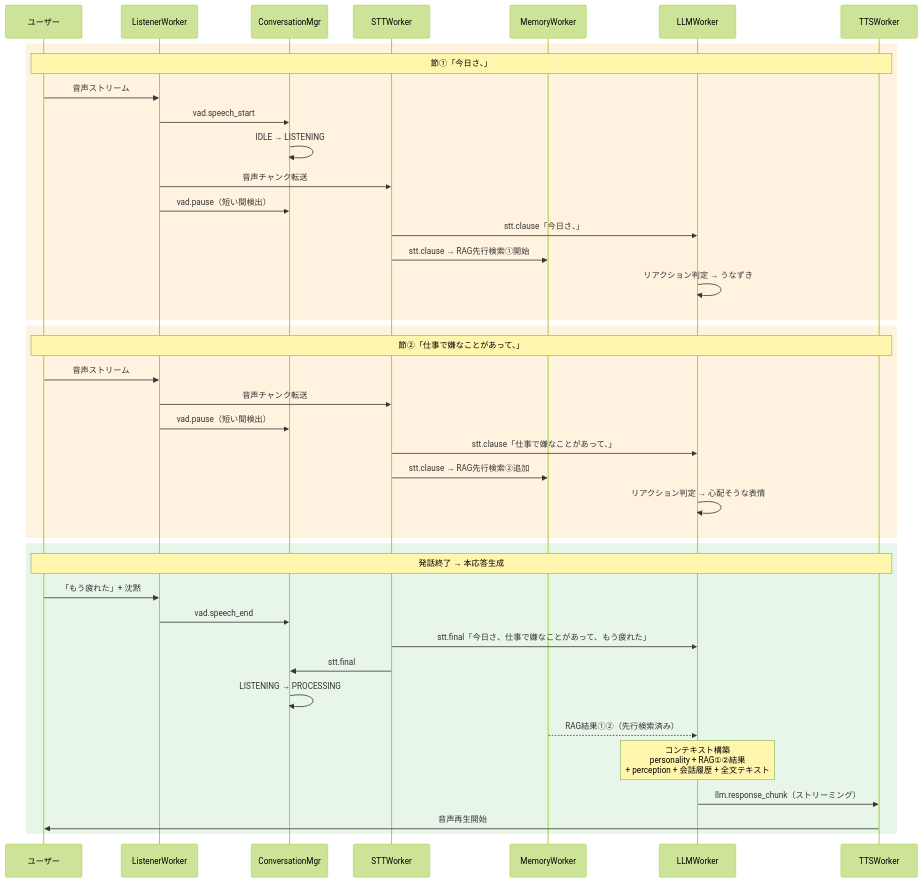
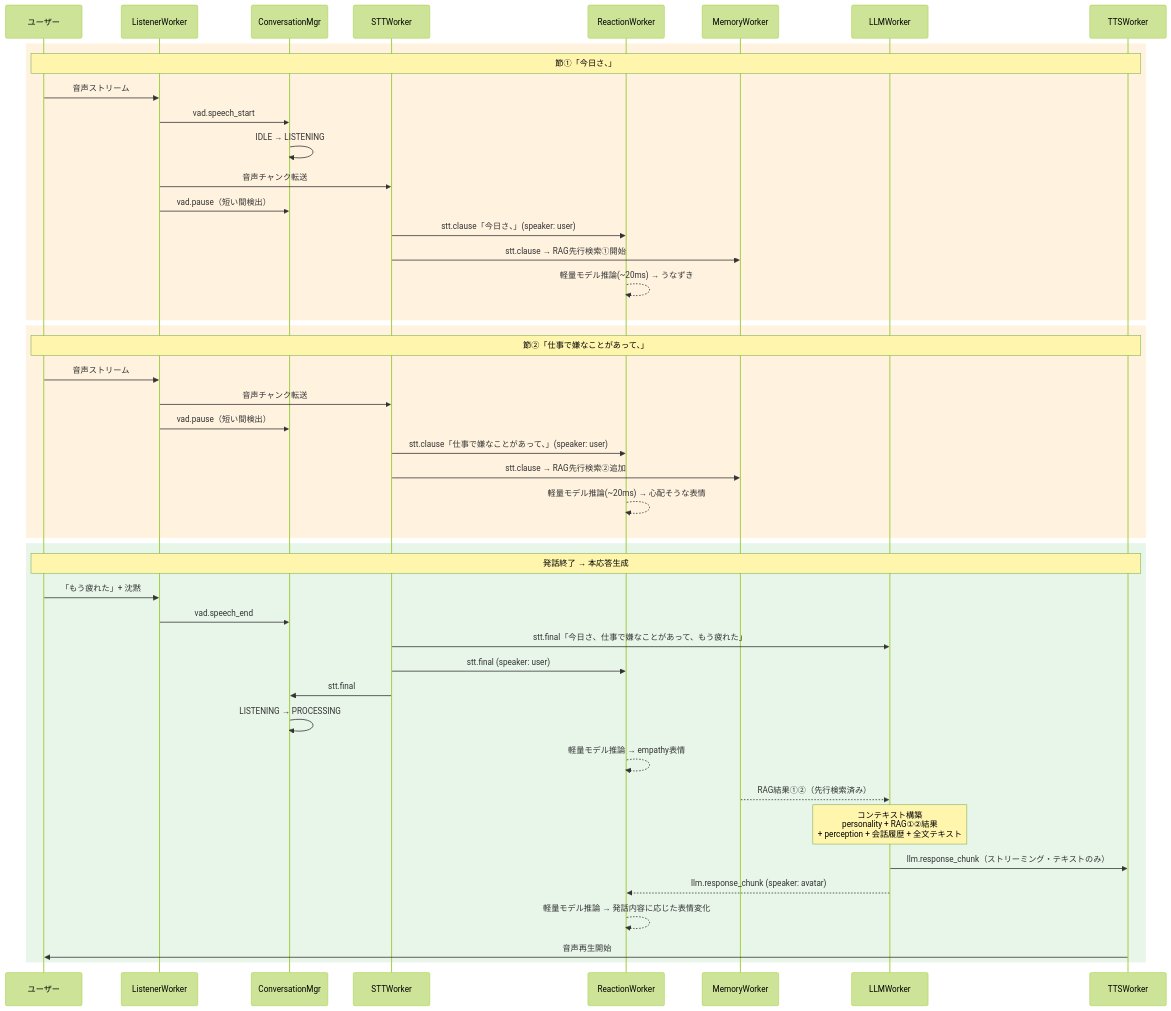
Before and after one commit to miumo6329/ai-avatar-framework: the ninth of 9 diagrams in docs/llm-conversation-design.md, drawn with Mermaid (forest theme). The commit also changed other lines of this file and 3 other files, not shown here.

````diff
--- a/docs/llm-conversation-design.md
+++ b/docs/llm-conversation-design.md
@@ -420,45 +494,50 @@
 ```mermaid
 sequenceDiagram
     participant User as ユーザー
     participant Listener as ListenerWorker
     participant CM as ConversationMgr
     participant STT as STTWorker
+    participant RW as ReactionWorker
     participant Mem as MemoryWorker
     participant LLM as LLMWorker
     participant TTS as TTSWorker
 
     rect rgb(255, 243, 224)
         Note over User, TTS: 節①「今日さ、」
         User ->> Listener: 音声ストリーム
         Listener ->> CM: vad.speech_start
         CM ->> CM: IDLE → LISTENING
         Listener ->> STT: 音声チャンク転送
         Listener ->> CM: vad.pause（短い間検出）
-        STT ->> LLM: stt.clause「今日さ、」
+        STT ->> RW: stt.clause「今日さ、」(speaker: user)
         STT ->> Mem: stt.clause → RAG先行検索①開始
-        LLM ->> LLM: リアクション判定 → うなずき
+        RW -->> RW: 軽量モデル推論(~20ms) → うなずき
     end
 
     rect rgb(255, 243, 224)
         Note over User, TTS: 節②「仕事で嫌なことがあって、」
         User ->> Listener: 音声ストリーム
         Listener ->> STT: 音声チャンク転送
         Listener ->> CM: vad.pause（短い間検出）
-        STT ->> LLM: stt.clause「仕事で嫌なことがあって、」
+        STT ->> RW: stt.clause「仕事で嫌なことがあって、」(speaker: user)
         STT ->> Mem: stt.clause → RAG先行検索②追加
-        LLM ->> LLM: リアクション判定 → 心配そうな表情
+        RW -->> RW: 軽量モデル推論(~20ms) → 心配そうな表情
     end
 
     rect rgb(232, 245, 233)
         Note over User, TTS: 発話終了 → 本応答生成
         User ->> Listener: 「もう疲れた」+ 沈黙
         Listener ->> CM: vad.speech_end
         STT ->> LLM: stt.final「今日さ、仕事で嫌なことがあって、もう疲れた」
+        STT ->> RW: stt.final (speaker: user)
         STT ->> CM: stt.final
         CM ->> CM: LISTENING → PROCESSING
+        RW -->> RW: 軽量モデル推論 → empathy表情
         Mem -->> LLM: RAG結果①②（先行検索済み）
         Note over LLM: コンテキスト構築<br/>personality + RAG①②結果<br/>+ perception + 会話履歴 + 全文テキスト
-        LLM ->> TTS: llm.response_chunk（ストリーミング）
+        LLM ->> TTS: llm.response_chunk（ストリーミング・テキストのみ）
+        LLM -->> RW: llm.response_chunk (speaker: avatar)
+        RW -->> RW: 軽量モデル推論 → 発話内容に応じた表情変化
         TTS ->> User: 音声再生開始
     end
 ```
````
